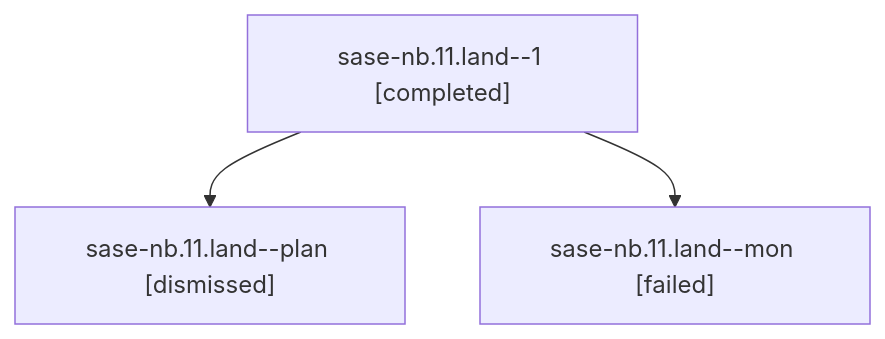
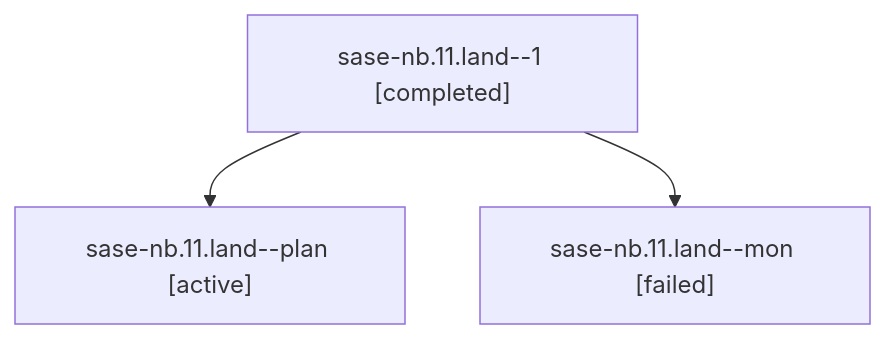
One commit to sase-org/sase--agents changed the diagram in families/bbugyi200.athena.sase-nb.11.land.md. Above: the diagram before and after it, drawn with Mermaid. The commit also changed other lines of this file and 35830 other files, not shown here.

````diff
--- a/families/bbugyi200.athena.sase-nb.11.land.md
+++ b/families/bbugyi200.athena.sase-nb.11.land.md
@@ -9,8 +9,8 @@
 ```mermaid
 flowchart TD
   n0["sase-nb.11.land--1 [completed]"]
-  n1["sase-nb.11.land--plan [dismissed]"]
+  n1["sase-nb.11.land--plan [active]"]
   n0 --> n1
   n2["sase-nb.11.land--mon [failed]"]
   n0 --> n2
 ```
````
